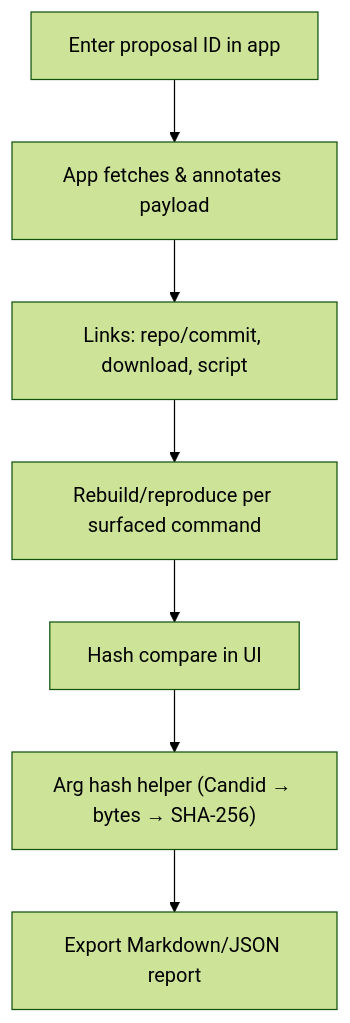
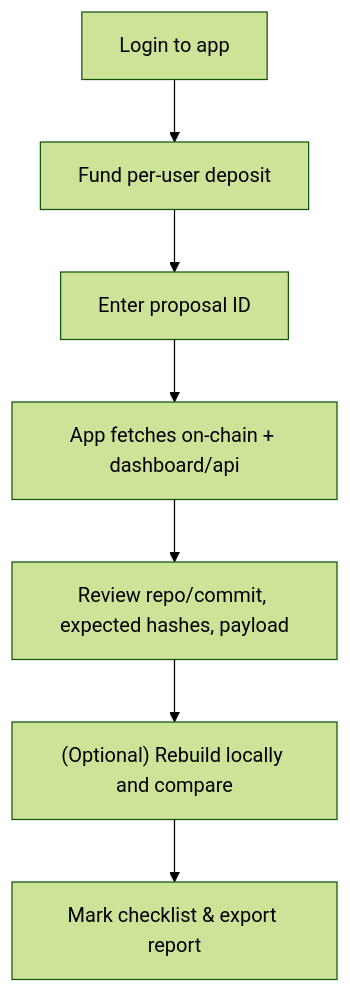
One commit to dickhery/proposal_verifier changed the second of 2 diagrams in GUIDE.md. Above: the diagram before and after it, drawn with Mermaid (forest theme). The commit also changed other lines of this file, not shown here.

````diff
--- a/GUIDE.md
+++ b/GUIDE.md
@@ -122,9 +148,9 @@
 ```mermaid
 flowchart TD
-  A["Enter proposal ID in app"] --> B["App fetches & annotates payload"]
-  B --> C["Links: repo/commit, download, script"]
-  C --> D["Rebuild/reproduce per surfaced command"]
-  D --> E["Hash compare in UI"]
-  E --> F["Arg hash helper (Candid → bytes → SHA-256)"]
-  F --> G["Export Markdown/JSON report"]
+  A["Login to app"] --> B["Fund per-user deposit"]
+  B --> C["Enter proposal ID"]
+  C --> D["App fetches on-chain + dashboard/api"]
+  D --> E["Review repo/commit, expected hashes, payload"]
+  E --> F["(Optional) Rebuild locally and compare"]
+  F --> G["Mark checklist & export report"]
 ```
````
